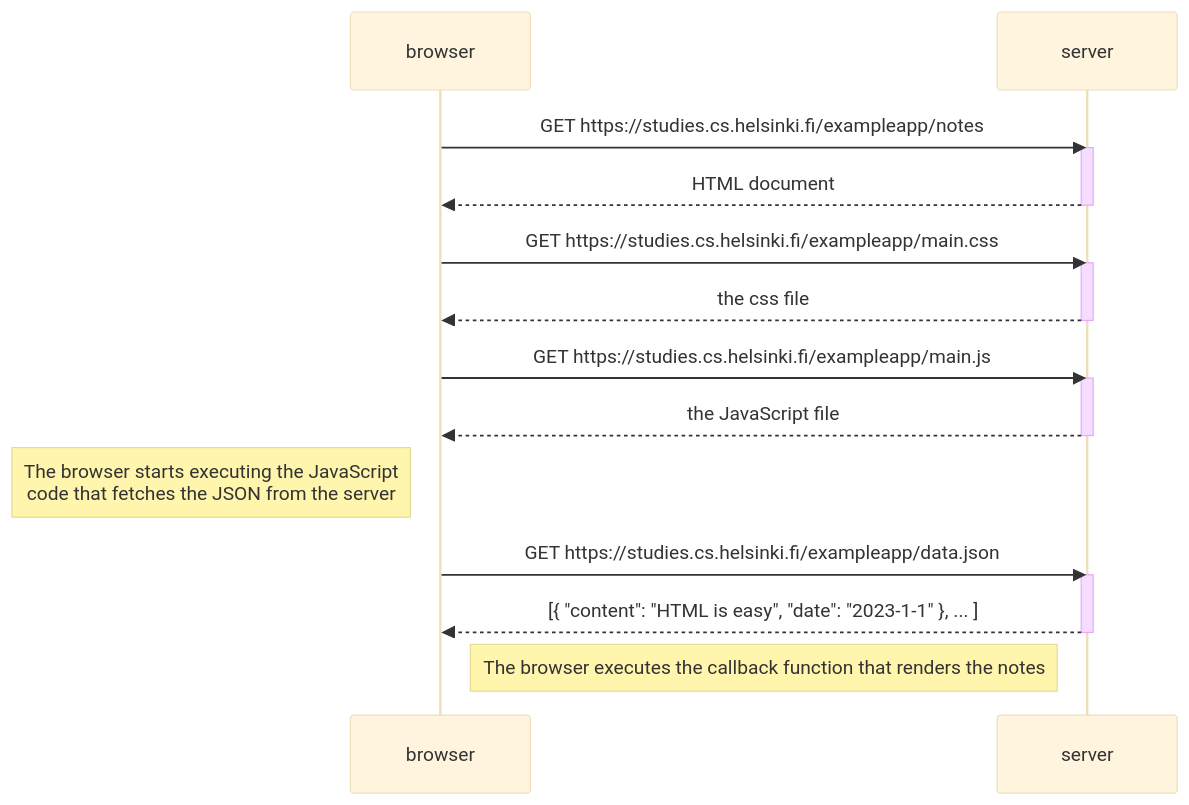
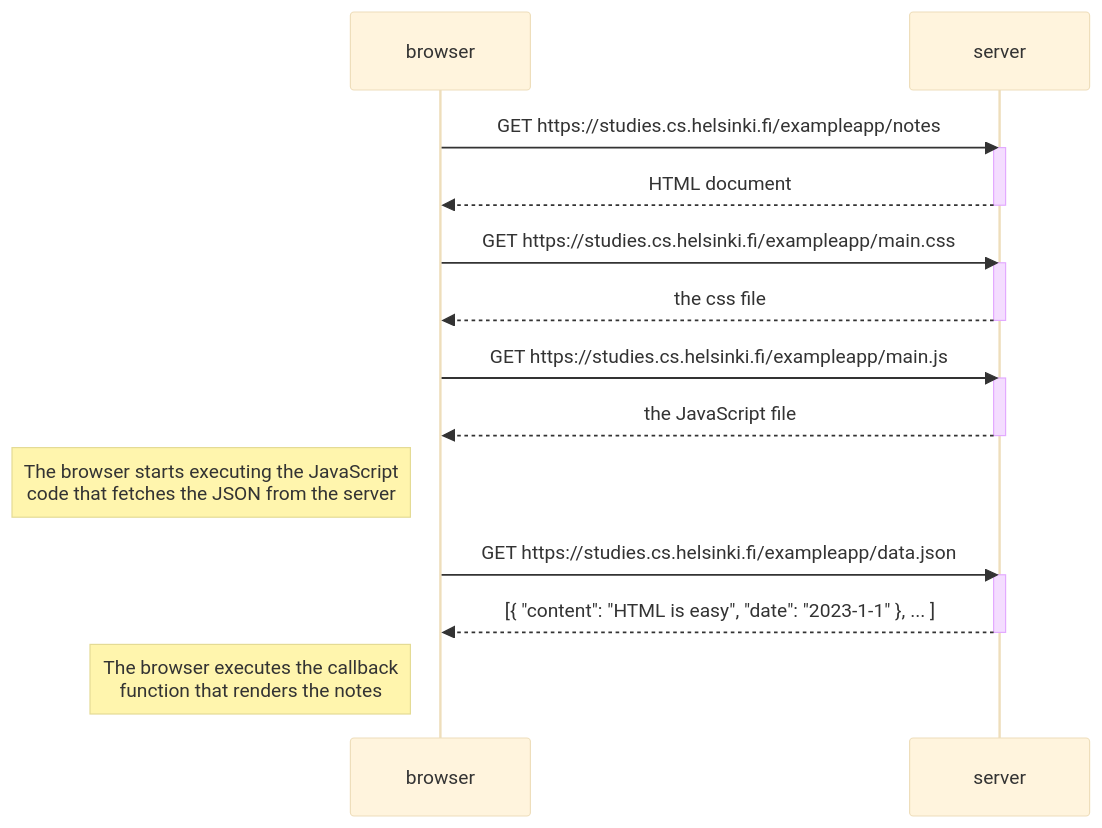
One commit to joshitobuba/example_app changed the diagram in part0/exercise_0_4.md. Above: the diagram before and after it, drawn with Mermaid (base theme).

````diff
--- a/part0/exercise_0_4.md
+++ b/part0/exercise_0_4.md
@@ -1,29 +1,29 @@
 ```mermaid
   sequenceDiagram
     participant browser
     participant server
 
     browser->>server: GET https://studies.cs.helsinki.fi/exampleapp/notes
     activate server
     server-->>browser: HTML document
     deactivate server
 
     browser->>server: GET https://studies.cs.helsinki.fi/exampleapp/main.css
     activate server
     server-->>browser: the css file
     deactivate server
 
     browser->>server: GET https://studies.cs.helsinki.fi/exampleapp/main.js
     activate server
     server-->>browser: the JavaScript file
     deactivate server
 
     note left of browser: The browser starts executing the JavaScript<br/>code that fetches the JSON from the server
 
     browser->>server: GET https://studies.cs.helsinki.fi/exampleapp/data.json
     activate server
     server-->>browser: [{ "content": "HTML is easy", "date": "2023-1-1" }, ... ]
     deactivate server
 
-    Note right of browser: The browser executes the callback function that renders the notes
+    note left of browser: The browser executes the callback<br/>function that renders the notes
 ```
````
